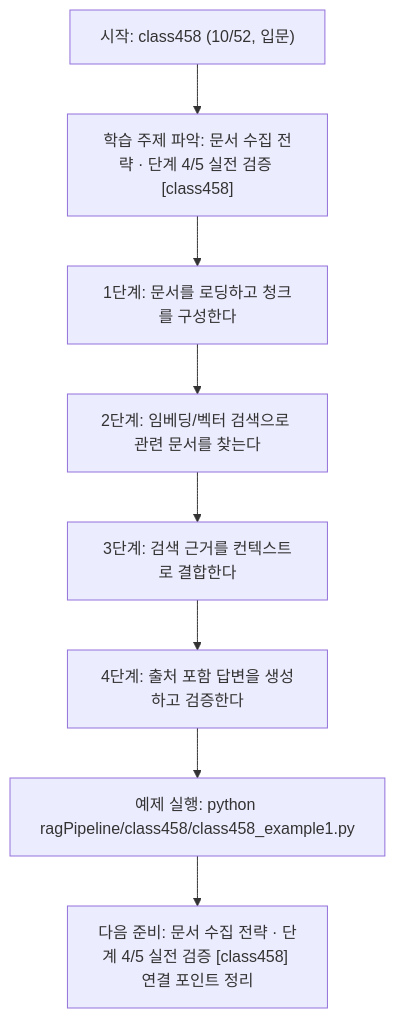
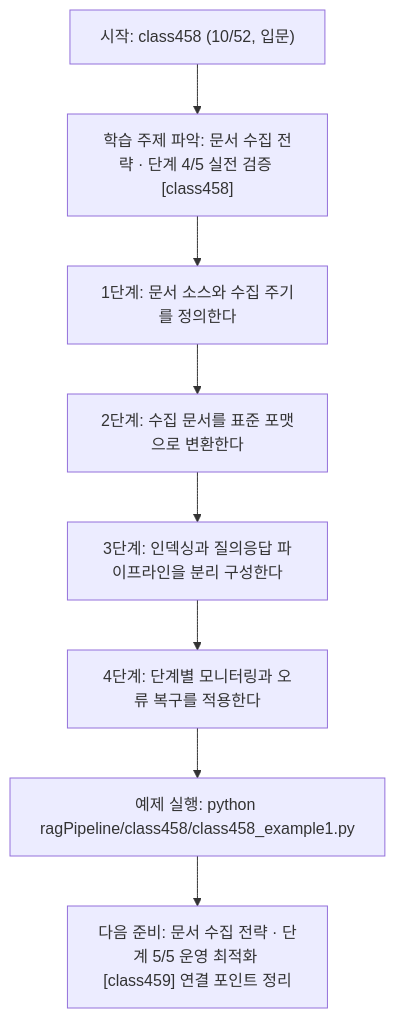
One commit to edumgt/Python-AI_Agent-Class changed the diagram in ragPipeline/class458/class458.md. Above: the diagram before and after it, drawn with Mermaid. The commit also changed other lines of this file and 367 other files, not shown here.

````diff
--- a/ragPipeline/class458/class458.md
+++ b/ragPipeline/class458/class458.md
@@ -111,18 +92,18 @@
 ```mermaid
 flowchart TD
 N1["시작: class458 (10/52, 입문)"]
 N2["학습 주제 파악: 문서 수집 전략 · 단계 4/5 실전 검증 [class458]"]
-N3["1단계: 문서를 로딩하고 청크를 구성한다"]
-N4["2단계: 임베딩/벡터 검색으로 관련 문서를 찾는다"]
-N5["3단계: 검색 근거를 컨텍스트로 결합한다"]
-N6["4단계: 출처 포함 답변을 생성하고 검증한다"]
+N3["1단계: 문서 소스와 수집 주기를 정의한다"]
+N4["2단계: 수집 문서를 표준 포맷으로 변환한다"]
+N5["3단계: 인덱싱과 질의응답 파이프라인을 분리 구성한다"]
+N6["4단계: 단계별 모니터링과 오류 복구를 적용한다"]
 N7["예제 실행: python ragPipeline/class458/class458_example1.py"]
-N8["다음 준비: 문서 수집 전략 · 단계 4/5 실전 검증 [class458] 연결 포인트 정리"]
+N8["다음 준비: 문서 수집 전략 · 단계 5/5 운영 최적화 [class459] 연결 포인트 정리"]
 N1 --> N2
 N2 --> N3
 N3 --> N4
 N4 --> N5
 N5 --> N6
 N6 --> N7
 N7 --> N8
 ```
````
